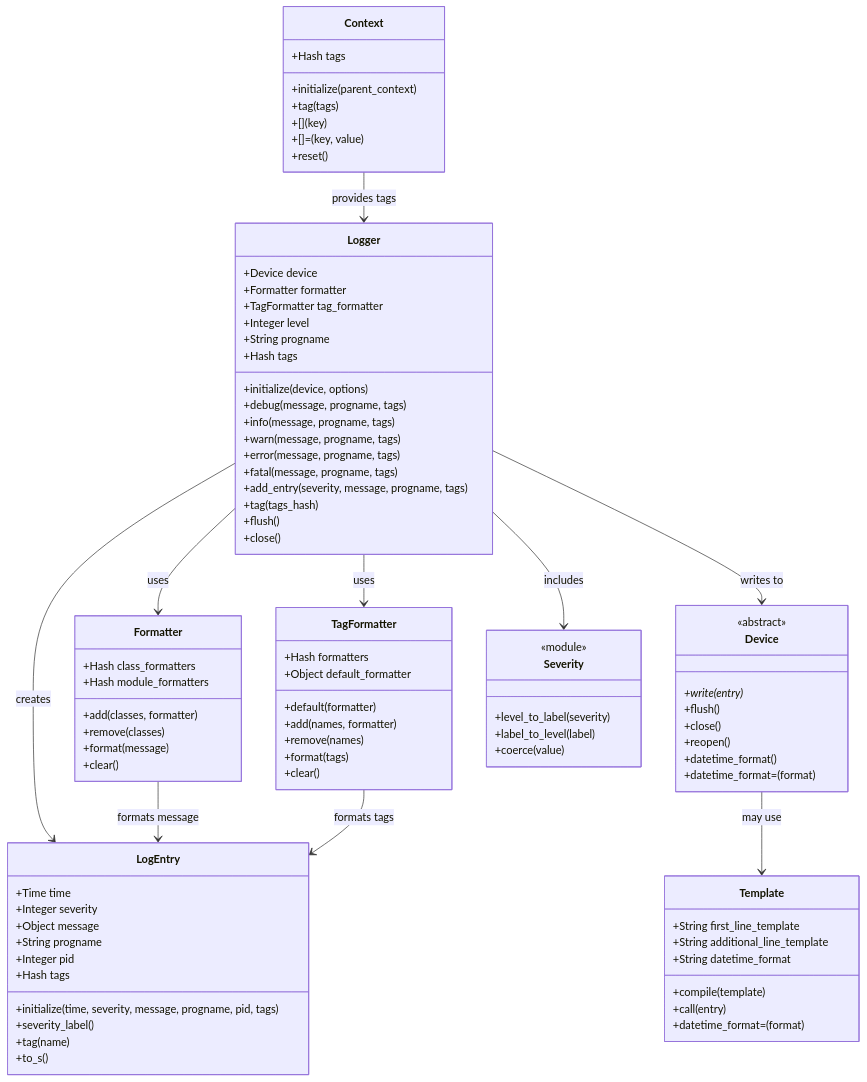
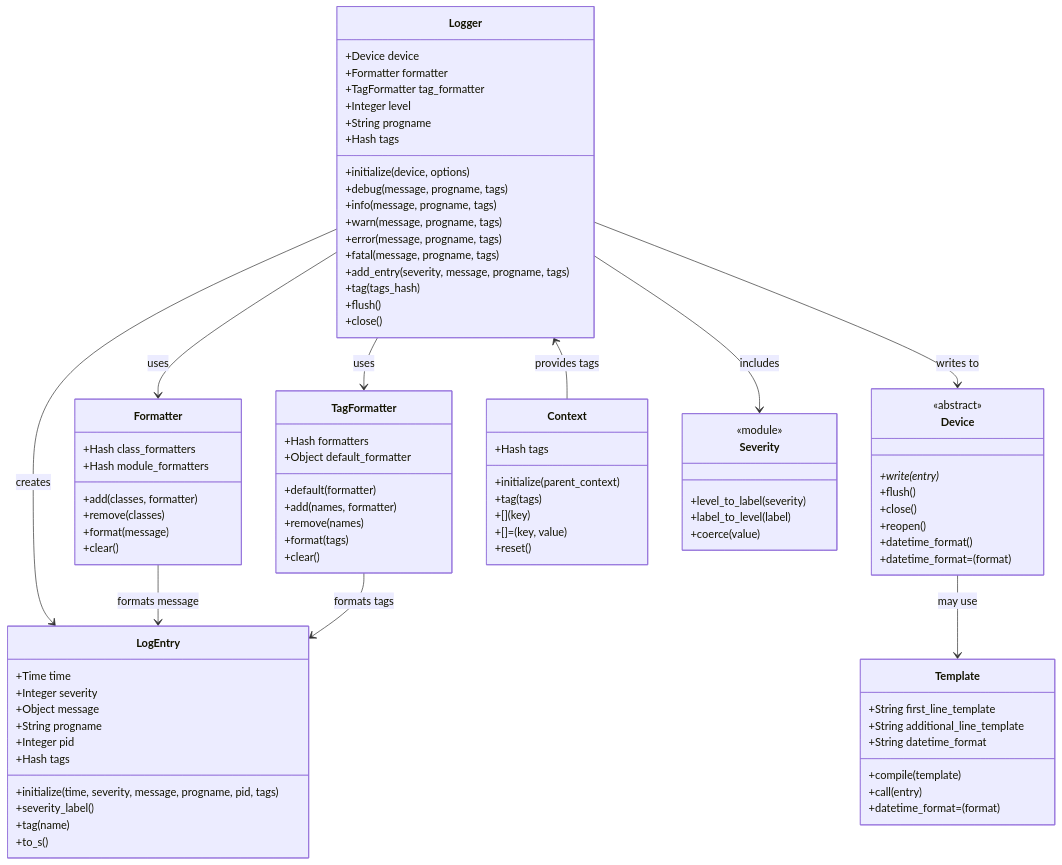
The first of 3 diagrams in ARCHITECTURE.md (bdurand/lumberjack), drawn with Mermaid before and after one commit.

Commit message:
tweak diagram

````diff
--- a/ARCHITECTURE.md
+++ b/ARCHITECTURE.md
@@ -113,5 +113,5 @@
     Device --> Template : may use
     Formatter --> LogEntry : formats message
     TagFormatter --> LogEntry : formats tags
-    Context --> Logger : provides tags
+    Logger <-- Context : provides tags
 ```
````
